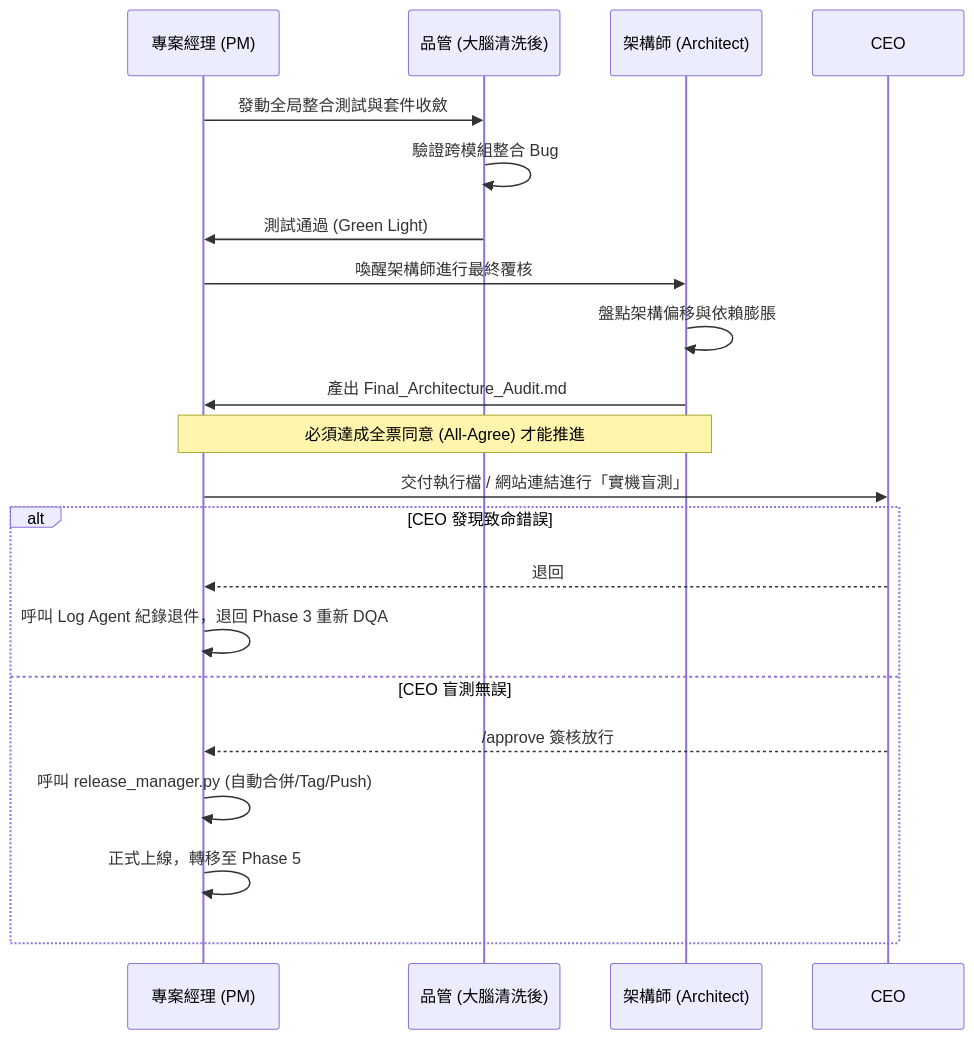
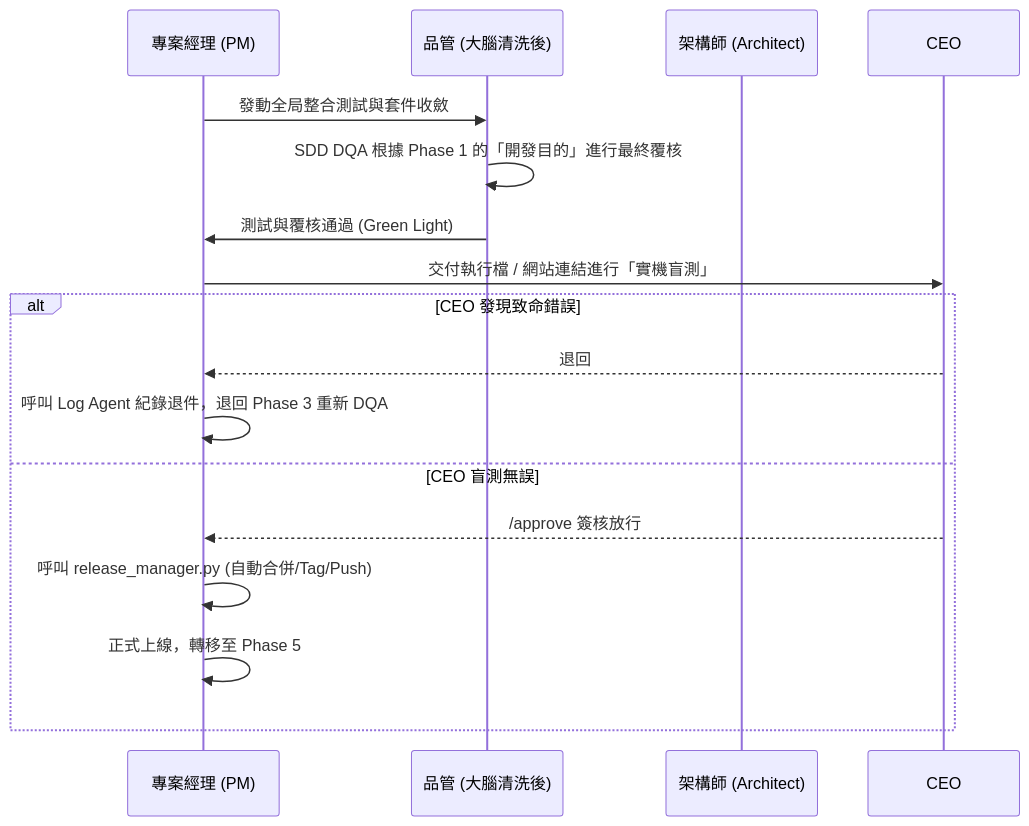
The sixth of 8 diagrams in README.md (vip3310495-Johnny/Johnny-project-team-plugin), drawn with Mermaid before and after one commit. The commit also changed other lines of this file and 80 other files, not shown here.

Commit message:
release: v2.0.0 architecture upgrade with native hooks, vertical slicing & 3-way spec injection

````diff
--- a/README.md
+++ b/README.md
@@ -221,27 +224,21 @@
 ```mermaid
 sequenceDiagram
     participant PM as 專案經理 (PM)
     participant DQA as 品管 (大腦清洗後)
     participant Arch as 架構師 (Architect)
     participant CEO
     
     PM->>DQA: 發動全局整合測試與套件收斂
-    DQA->>DQA: 驗證跨模組整合 Bug
-    DQA->>PM: 測試通過 (Green Light)
-    
-    PM->>Arch: 喚醒架構師進行最終覆核
-    Arch->>Arch: 盤點架構偏移與依賴膨脹
-    Arch->>PM: 產出 Final_Architecture_Audit.md
-    
-    Note over PM,Arch: 必須達成全票同意 (All-Agree) 才能推進
+    DQA->>DQA: SDD DQA 根據 Phase 1 的「開發目的」進行最終覆核
+    DQA->>PM: 測試與覆核通過 (Green Light)
     
     PM->>CEO: 交付執行檔 / 網站連結進行「實機盲測」
     alt CEO 發現致命錯誤
         CEO-->>PM: 退回
         PM->>PM: 呼叫 Log Agent 紀錄退件，退回 Phase 3 重新 DQA
     else CEO 盲測無誤
         CEO-->>PM: /approve 簽核放行
         PM->>PM: 呼叫 release_manager.py (自動合併/Tag/Push)
         PM->>PM: 正式上線，轉移至 Phase 5
     end
 ```
````
